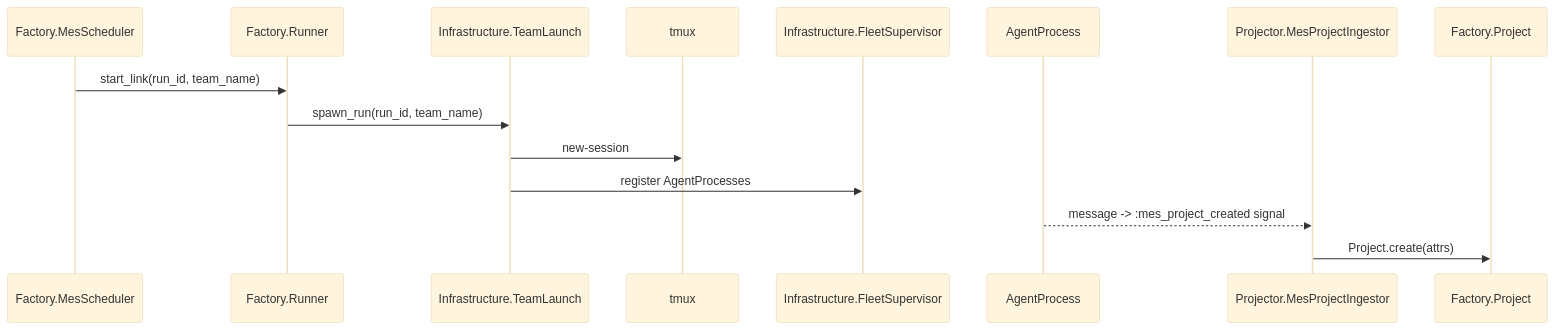
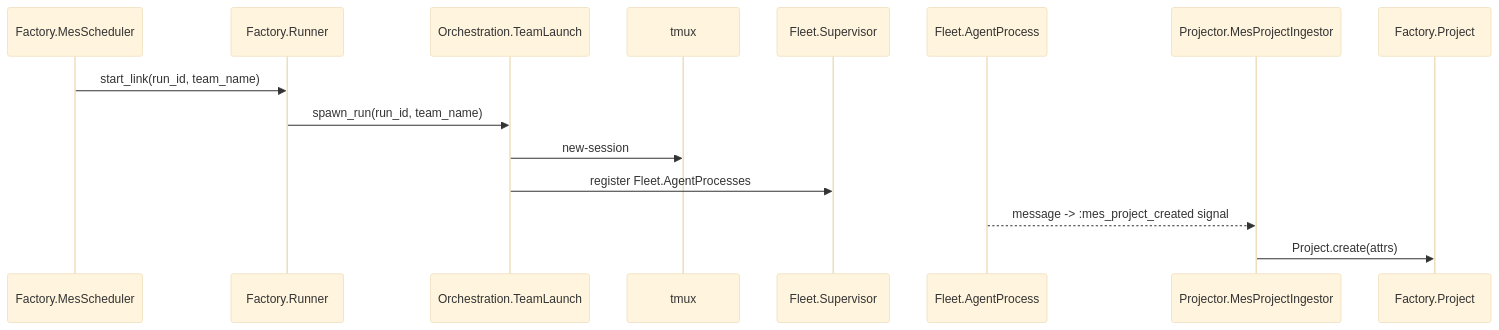
Before and after one commit to architects-of-type-IV/agent-observatory: the third of 3 diagrams in REFACTOR.md, drawn with Mermaid (base theme). The commit also changed other lines of this file and 7 other files, not shown here.

First line of the commit message:
docs: sync all architecture docs to hexagonal reorg final state

````diff
--- a/REFACTOR.md
+++ b/REFACTOR.md
@@ -292,18 +309,18 @@
 ```mermaid
 sequenceDiagram
     participant Sched as Factory.MesScheduler
     participant Runner as Factory.Runner
-    participant TeamLaunch as Infrastructure.TeamLaunch
+    participant TeamLaunch as Orchestration.TeamLaunch
     participant Tmux as tmux
-    participant Fleet as Infrastructure.FleetSupervisor
-    participant Agent as AgentProcess
+    participant Fleet as Fleet.Supervisor
+    participant Agent as Fleet.AgentProcess
     participant Ingestor as Projector.MesProjectIngestor
     participant Proj as Factory.Project
 
     Sched->>Runner: start_link(run_id, team_name)
     Runner->>TeamLaunch: spawn_run(run_id, team_name)
     TeamLaunch->>Tmux: new-session
-    TeamLaunch->>Fleet: register AgentProcesses
+    TeamLaunch->>Fleet: register Fleet.AgentProcesses
     Agent-->>Ingestor: message -> :mes_project_created signal
     Ingestor->>Proj: Project.create(attrs)
 ```
````
